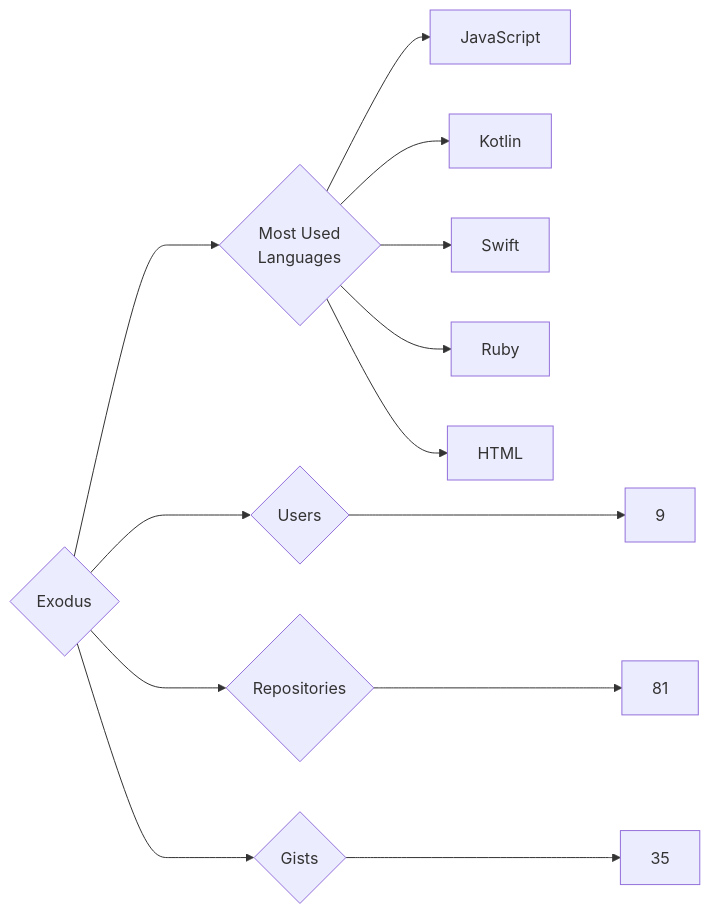
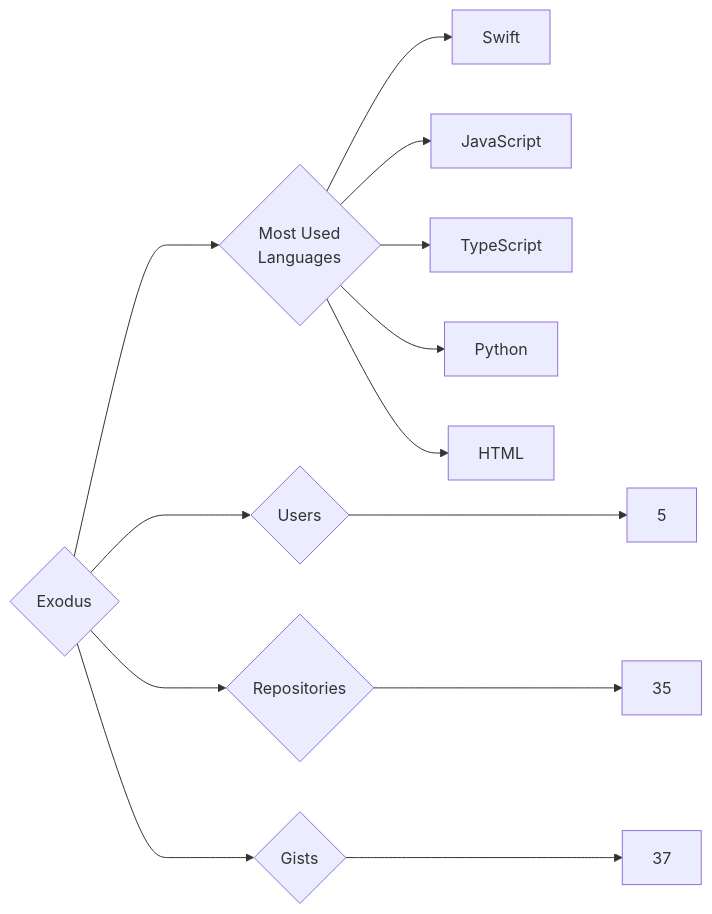
The diagram in targets/Exodus/README.md (trickest/insiders), drawn with Mermaid before and after one commit. The commit also changed 1078 other files, not shown here.

````diff
--- a/targets/Exodus/README.md
+++ b/targets/Exodus/README.md
@@ -3,13 +3,13 @@
 ```mermaid
 graph LR
 COMPANY_NAME{Exodus}
-COMPANY_NAME ---> U{Users} ---> UN[9]
-COMPANY_NAME ---> R{Repositories} ---> RN[81]
-COMPANY_NAME ---> G{Gists} ---> GN[35]
+COMPANY_NAME ---> U{Users} ---> UN[5]
+COMPANY_NAME ---> R{Repositories} ---> RN[35]
+COMPANY_NAME ---> G{Gists} ---> GN[37]
 COMPANY_NAME ---> ML{Most Used<br>Languages}
+ML --> Swift[Swift]
 ML --> JavaScript[JavaScript]
-ML --> Kotlin[Kotlin]
-ML --> Swift[Swift]
-ML --> Ruby[Ruby]
+ML --> TypeScript[TypeScript]
+ML --> Python[Python]
 ML --> HTML[HTML]
 ```
````
